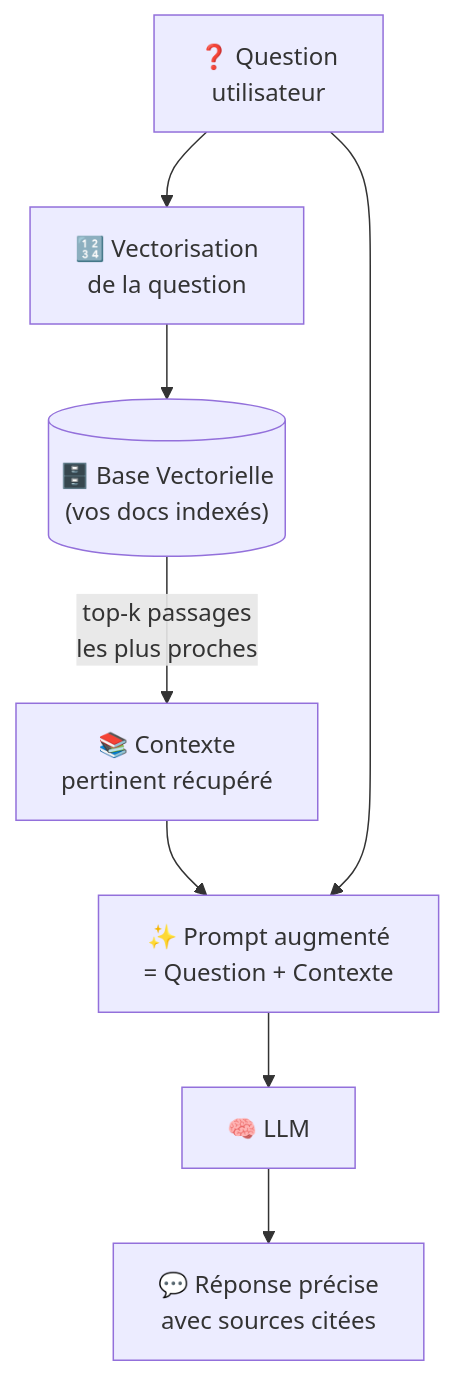
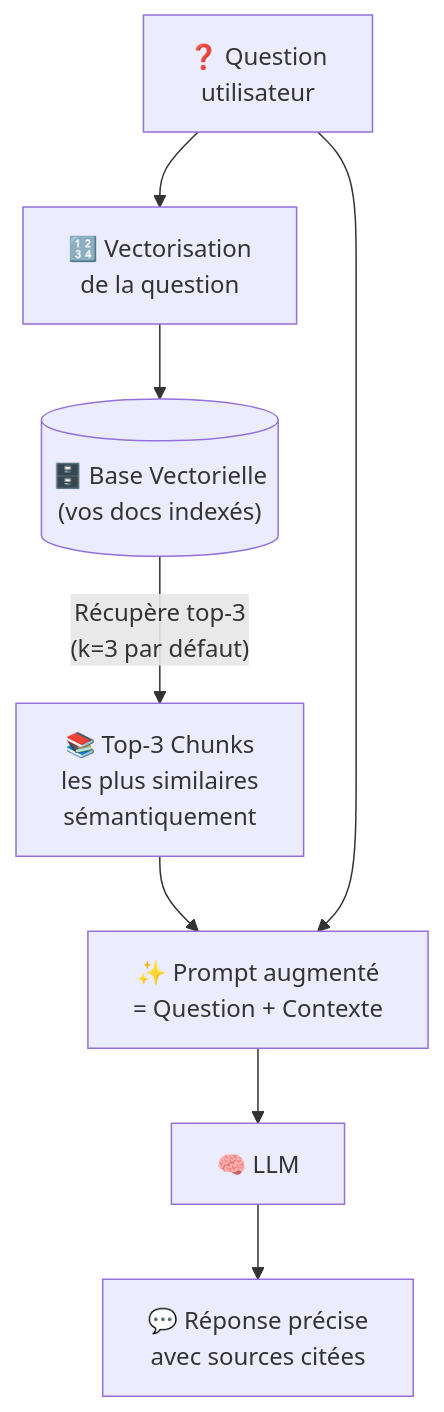
One commit to FTurleque/doc-utilisation-ia changed the second of 2 diagrams in docs/chapitre-7-rag/index.md. Above: the diagram before and after it, drawn with Mermaid. The commit also changed other lines of this file and 10 other files, not shown here.

````diff
--- a/docs/chapitre-7-rag/index.md
+++ b/docs/chapitre-7-rag/index.md
@@ -34,13 +56,13 @@
 ```mermaid
 graph TD
     Q["❓ Question\nutilisateur"] --> EMB["🔢 Vectorisation\nde la question"]
 
     EMB --> VDB[("🗄️ Base Vectorielle\n(vos docs indexés)")]
-    VDB -->|"top-k passages\nles plus proches"| CTX["📚 Contexte\npertinent récupéré"]
+    VDB -->|"Récupère top-3<br/>(k=3 par défaut)"| CTX["📚 Top-3 Chunks<br/>les plus similaires<br/>sémantiquement"]
 
     CTX --> AUGMENT["✨ Prompt augmenté\n= Question + Contexte"]
     Q --> AUGMENT
 
     AUGMENT --> LLM["🧠 LLM"]
     LLM --> ANS["💬 Réponse précise\navec sources citées"]
 ```
````
